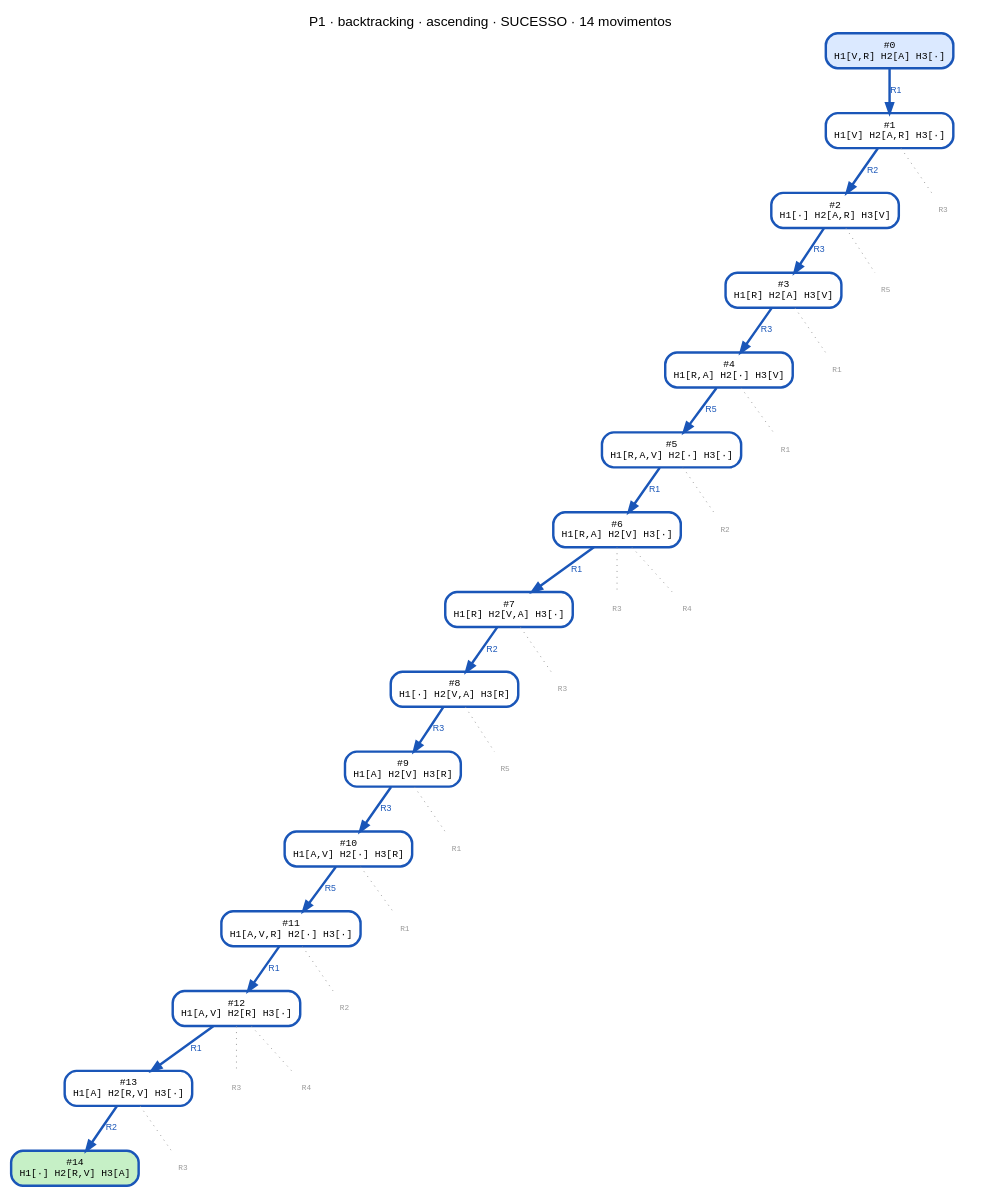
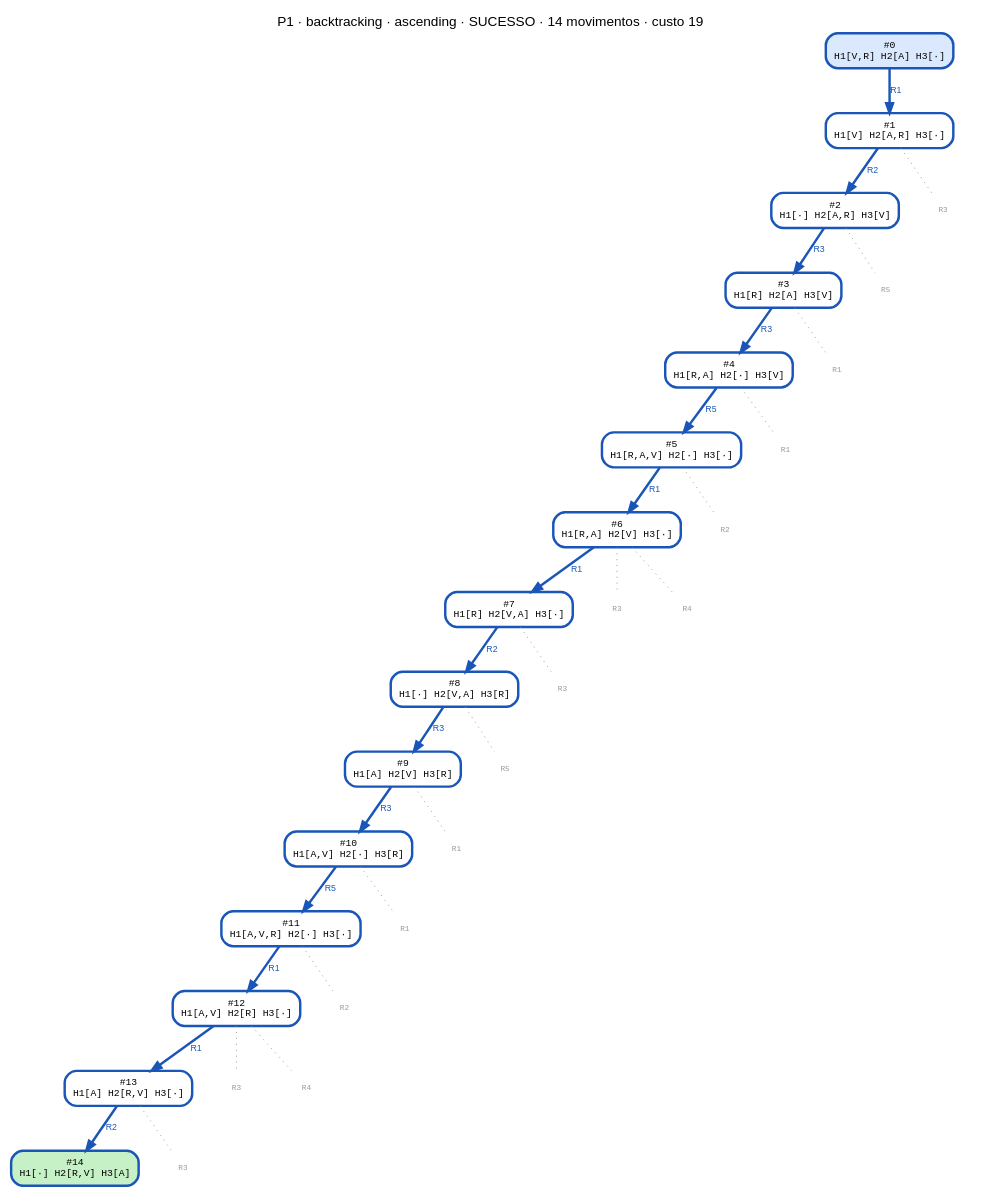
The diagram in data/P1/backtracking_ascending.dot (CharlesLB/dcc-014-trabalho-1), drawn with Graphviz before and after one commit. The commit also changed 43 other files, not shown here.

```diff
--- a/data/P1/backtracking_ascending.dot
+++ b/data/P1/backtracking_ascending.dot
@@ -1,64 +1,64 @@
 digraph search {
-  label="P1 · backtracking · ascending · SUCESSO · 14 movimentos"; labelloc=t; fontname="Helvetica";
+  label="P1 · backtracking · ascending · SUCESSO · 14 movimentos · custo 19"; labelloc=t; fontname="Helvetica";
   node [shape=box, style="rounded,filled", fontname="monospace", fontsize=10];
   edge [fontname="Helvetica", fontsize=9];
   n0 [label="#0\nH1[V,R] H2[A] H3[·]", fillcolor="#dbe9ff", color="#1a56b8", penwidth=2.5];
   n1 [label="#1\nH1[V] H2[A,R] H3[·]", fillcolor="#ffffff", color="#1a56b8", penwidth=2.5];
   n0 -> n1 [label="R1", color="#1a56b8", fontcolor="#1a56b8", penwidth=2.5];
   n2 [label="#2\nH1[·] H2[A,R] H3[V]", fillcolor="#ffffff", color="#1a56b8", penwidth=2.5];
   n1 -> n2 [label="R2", color="#1a56b8", fontcolor="#1a56b8", penwidth=2.5];
   n3 [label="#3\nH1[R] H2[A] H3[V]", fillcolor="#ffffff", color="#1a56b8", penwidth=2.5];
   n2 -> n3 [label="R3", color="#1a56b8", fontcolor="#1a56b8", penwidth=2.5];
   n4 [label="#4\nH1[R,A] H2[·] H3[V]", fillcolor="#ffffff", color="#1a56b8", penwidth=2.5];
   n3 -> n4 [label="R3", color="#1a56b8", fontcolor="#1a56b8", penwidth=2.5];
   n5 [label="#5\nH1[R,A,V] H2[·] H3[·]", fillcolor="#ffffff", color="#1a56b8", penwidth=2.5];
   n4 -> n5 [label="R5", color="#1a56b8", fontcolor="#1a56b8", penwidth=2.5];
   n6 [label="#6\nH1[R,A] H2[V] H3[·]", fillcolor="#ffffff", color="#1a56b8", penwidth=2.5];
   n5 -> n6 [label="R1", color="#1a56b8", fontcolor="#1a56b8", penwidth=2.5];
   n7 [label="#7\nH1[R] H2[V,A] H3[·]", fillcolor="#ffffff", color="#1a56b8", penwidth=2.5];
   n6 -> n7 [label="R1", color="#1a56b8", fontcolor="#1a56b8", penwidth=2.5];
   n8 [label="#8\nH1[·] H2[V,A] H3[R]", fillcolor="#ffffff", color="#1a56b8", penwidth=2.5];
   n7 -> n8 [label="R2", color="#1a56b8", fontcolor="#1a56b8", penwidth=2.5];
   n9 [label="#9\nH1[A] H2[V] H3[R]", fillcolor="#ffffff", color="#1a56b8", penwidth=2.5];
   n8 -> n9 [label="R3", color="#1a56b8", fontcolor="#1a56b8", penwidth=2.5];
   n10 [label="#10\nH1[A,V] H2[·] H3[R]", fillcolor="#ffffff", color="#1a56b8", penwidth=2.5];
   n9 -> n10 [label="R3", color="#1a56b8", fontcolor="#1a56b8", penwidth=2.5];
   n11 [label="#11\nH1[A,V,R] H2[·] H3[·]", fillcolor="#ffffff", color="#1a56b8", penwidth=2.5];
   n10 -> n11 [label="R5", color="#1a56b8", fontcolor="#1a56b8", penwidth=2.5];
   n12 [label="#12\nH1[A,V] H2[R] H3[·]", fillcolor="#ffffff", color="#1a56b8", penwidth=2.5];
   n11 -> n12 [label="R1", color="#1a56b8", fontcolor="#1a56b8", penwidth=2.5];
   n13 [label="#13\nH1[A] H2[R,V] H3[·]", fillcolor="#ffffff", color="#1a56b8", penwidth=2.5];
   n12 -> n13 [label="R1", color="#1a56b8", fontcolor="#1a56b8", penwidth=2.5];
   n14 [label="#14\nH1[·] H2[R,V] H3[A]", fillcolor="#c6f0c6", color="#1a56b8", penwidth=2.5];
   n13 -> n14 [label="R2", color="#1a56b8", fontcolor="#1a56b8", penwidth=2.5];
   p1_R3 [label="R3", shape=plaintext, style=solid, fontcolor="#999999", fontsize=8];
   n1 -> p1_R3 [style=dotted, color="#999999", arrowhead=none];
   p2_R5 [label="R5", shape=plaintext, style=solid, fontcolor="#999999", fontsize=8];
   n2 -> p2_R5 [style=dotted, color="#999999", arrowhead=none];
   p3_R1 [label="R1", shape=plaintext, style=solid, fontcolor="#999999", fontsize=8];
   n3 -> p3_R1 [style=dotted, color="#999999", arrowhead=none];
   p4_R1 [label="R1", shape=plaintext, style=solid, fontcolor="#999999", fontsize=8];
   n4 -> p4_R1 [style=dotted, color="#999999", arrowhead=none];
   p5_R2 [label="R2", shape=plaintext, style=solid, fontcolor="#999999", fontsize=8];
   n5 -> p5_R2 [style=dotted, color="#999999", arrowhead=none];
   p6_R3 [label="R3", shape=plaintext, style=solid, fontcolor="#999999", fontsize=8];
   n6 -> p6_R3 [style=dotted, color="#999999", arrowhead=none];
   p6_R4 [label="R4", shape=plaintext, style=solid, fontcolor="#999999", fontsize=8];
   n6 -> p6_R4 [style=dotted, color="#999999", arrowhead=none];
   p7_R3 [label="R3", shape=plaintext, style=solid, fontcolor="#999999", fontsize=8];
   n7 -> p7_R3 [style=dotted, color="#999999", arrowhead=none];
   p8_R5 [label="R5", shape=plaintext, style=solid, fontcolor="#999999", fontsize=8];
   n8 -> p8_R5 [style=dotted, color="#999999", arrowhead=none];
   p9_R1 [label="R1", shape=plaintext, style=solid, fontcolor="#999999", fontsize=8];
   n9 -> p9_R1 [style=dotted, color="#999999", arrowhead=none];
   p10_R1 [label="R1", shape=plaintext, style=solid, fontcolor="#999999", fontsize=8];
   n10 -> p10_R1 [style=dotted, color="#999999", arrowhead=none];
   p11_R2 [label="R2", shape=plaintext, style=solid, fontcolor="#999999", fontsize=8];
   n11 -> p11_R2 [style=dotted, color="#999999", arrowhead=none];
   p12_R3 [label="R3", shape=plaintext, style=solid, fontcolor="#999999", fontsize=8];
   n12 -> p12_R3 [style=dotted, color="#999999", arrowhead=none];
   p12_R4 [label="R4", shape=plaintext, style=solid, fontcolor="#999999", fontsize=8];
   n12 -> p12_R4 [style=dotted, color="#999999", arrowhead=none];
   p13_R3 [label="R3", shape=plaintext, style=solid, fontcolor="#999999", fontsize=8];
   n13 -> p13_R3 [style=dotted, color="#999999", arrowhead=none];
 }
```
